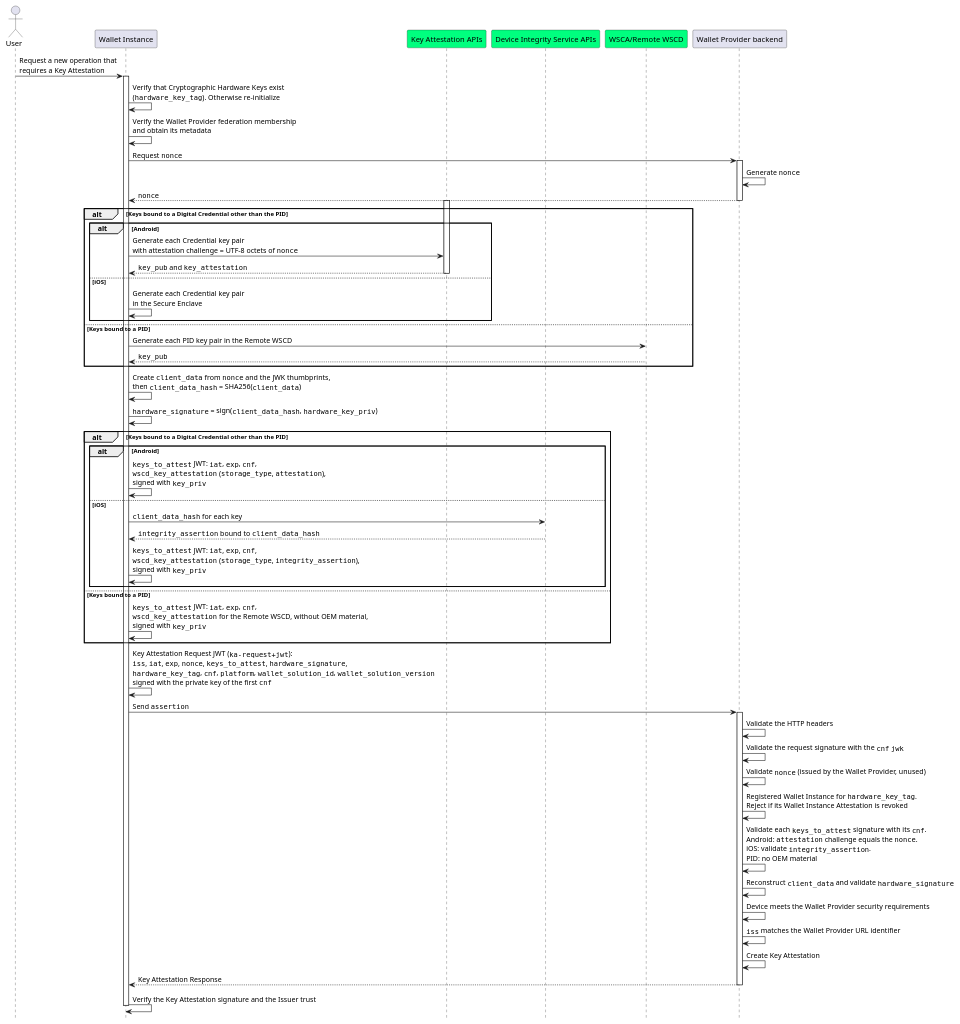
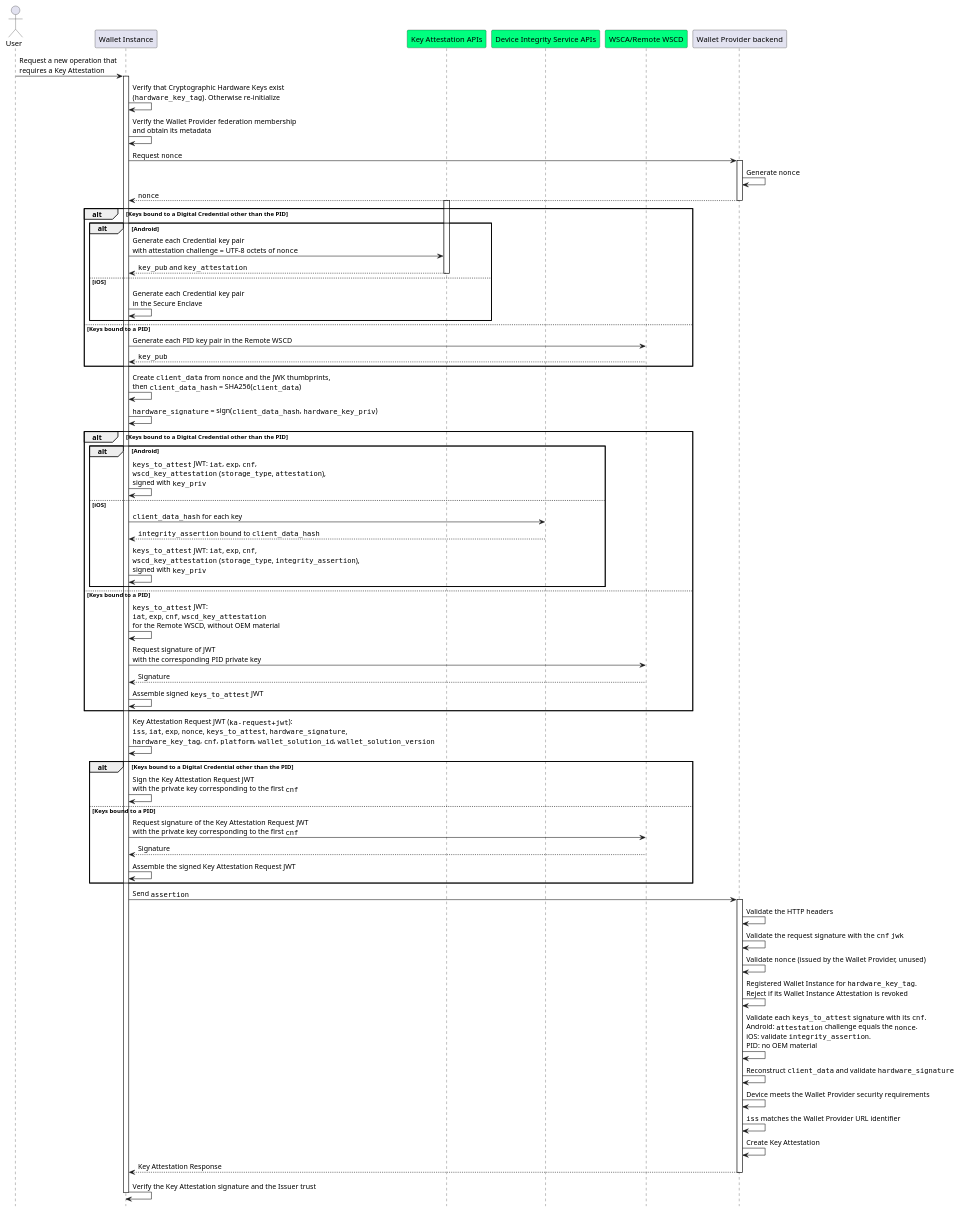
One commit to italia/eid-wallet-it-docs changed the diagram in docs/en/plantuml/wallet-attestation-issuance.puml. Above: the diagram before and after it, drawn with PlantUML.

Commit message:
Apply batched suggestions from code review

```diff
--- a/docs/en/plantuml/wallet-attestation-issuance.puml
+++ b/docs/en/plantuml/wallet-attestation-issuance.puml
@@ -1,91 +1,106 @@
 @startuml Key Attestation Issuance
 hide footbox
 
 'Participants
 actor "User" as user
 participant "Wallet Instance" as app
 participant "Key Attestation APIs" as kats #springgreen
 participant "Device Integrity Service APIs" as aats #springgreen
 participant "WSCA/Remote WSCD" as wsca #springgreen
 participant "Wallet Provider backend" as bck
 
 user->app: Request a new operation that\nrequires a Key Attestation
 activate app
 
 app->app: Verify that Cryptographic Hardware Keys exist\n(""hardware_key_tag""). Otherwise re-initialize
 
 app->app: Verify the Wallet Provider federation membership\nand obtain its metadata
 
 app->bck: Request ""nonce""
 activate bck
 bck->bck: Generate ""nonce""
 bck-->app: ""nonce""
 deactivate bck
 
 alt Keys bound to a Digital Credential other than the PID
 
 alt Android
 
 activate kats
 app->kats: Generate each Credential key pair\nwith attestation challenge = UTF-8 octets of ""nonce""
 kats-->app: ""key_pub"" and ""key_attestation""
 deactivate kats
 
 else iOS
 
 app->app: Generate each Credential key pair\nin the Secure Enclave
 
 end
 
 else Keys bound to a PID
 
 app->wsca: Generate each PID key pair in the Remote WSCD
 wsca-->app: ""key_pub""
 
 end
 
 app->app: Create ""client_data"" from ""nonce"" and the JWK thumbprints,\nthen ""client_data_hash"" = SHA256(""client_data"")
 
 app->app: ""hardware_signature"" = sign(""client_data_hash"", ""hardware_key_priv"")
 
 alt Keys bound to a Digital Credential other than the PID
 
 alt Android
 
 app->app: ""keys_to_attest"" JWT: ""iat"", ""exp"", ""cnf"",\n""wscd_key_attestation"" (""storage_type"", ""attestation""),\nsigned with ""key_priv""
 
 else iOS
 
 app->aats: ""client_data_hash"" for each key
 aats-->app: ""integrity_assertion"" bound to ""client_data_hash""
 app->app: ""keys_to_attest"" JWT: ""iat"", ""exp"", ""cnf"",\n""wscd_key_attestation"" (""storage_type"", ""integrity_assertion""),\nsigned with ""key_priv""
 
 end
 
 else Keys bound to a PID
 
-app->app: ""keys_to_attest"" JWT: ""iat"", ""exp"", ""cnf"",\n""wscd_key_attestation"" for the Remote WSCD, without OEM material,\nsigned with ""key_priv""
+app->app: ""keys_to_attest"" JWT:\n""iat"", ""exp"", ""cnf"", ""wscd_key_attestation""\nfor the Remote WSCD, without OEM material
+app->wsca: Request signature of JWT\nwith the corresponding PID private key
+wsca-->app: Signature
+app->app: Assemble signed ""keys_to_attest"" JWT
 
 end
 
-app->app: Key Attestation Request JWT (""ka-request+jwt""):\n""iss"", ""iat"", ""exp"", ""nonce"", ""keys_to_attest"", ""hardware_signature"",\n""hardware_key_tag"", ""cnf"", ""platform"", ""wallet_solution_id"", ""wallet_solution_version""\nsigned with the private key of the first ""cnf""
+app->app: Key Attestation Request JWT (""ka-request+jwt""):\n""iss"", ""iat"", ""exp"", ""nonce"", ""keys_to_attest"", ""hardware_signature"",\n""hardware_key_tag"", ""cnf"", ""platform"", ""wallet_solution_id"", ""wallet_solution_version""
+
+alt Keys bound to a Digital Credential other than the PID
+
+app->app: Sign the Key Attestation Request JWT\nwith the private key corresponding to the first ""cnf""
+
+else Keys bound to a PID
+
+app->wsca: Request signature of the Key Attestation Request JWT\nwith the private key corresponding to the first ""cnf""
+wsca-->app: Signature
+app->app: Assemble the signed Key Attestation Request JWT
+
+end
 app->bck: Send ""assertion""
 activate bck
 
 bck->bck: Validate the HTTP headers
 bck->bck: Validate the request signature with the ""cnf"" ""jwk""
 bck->bck: Validate ""nonce"" (issued by the Wallet Provider, unused)
 bck->bck: Registered Wallet Instance for ""hardware_key_tag"".\nReject if its Wallet Instance Attestation is revoked
 bck->bck: Validate each ""keys_to_attest"" signature with its ""cnf"".\nAndroid: ""attestation"" challenge equals the ""nonce"".\niOS: validate ""integrity_assertion"".\nPID: no OEM material
 bck->bck: Reconstruct ""client_data"" and validate ""hardware_signature""
 bck->bck: Device meets the Wallet Provider security requirements
 bck->bck: ""iss"" matches the Wallet Provider URL identifier
 bck->bck: Create Key Attestation
 
 bck-->app: Key Attestation Response
 deactivate bck
 
 app->app: Verify the Key Attestation signature and the Issuer trust
 
 deactivate app
 @enduml
```
